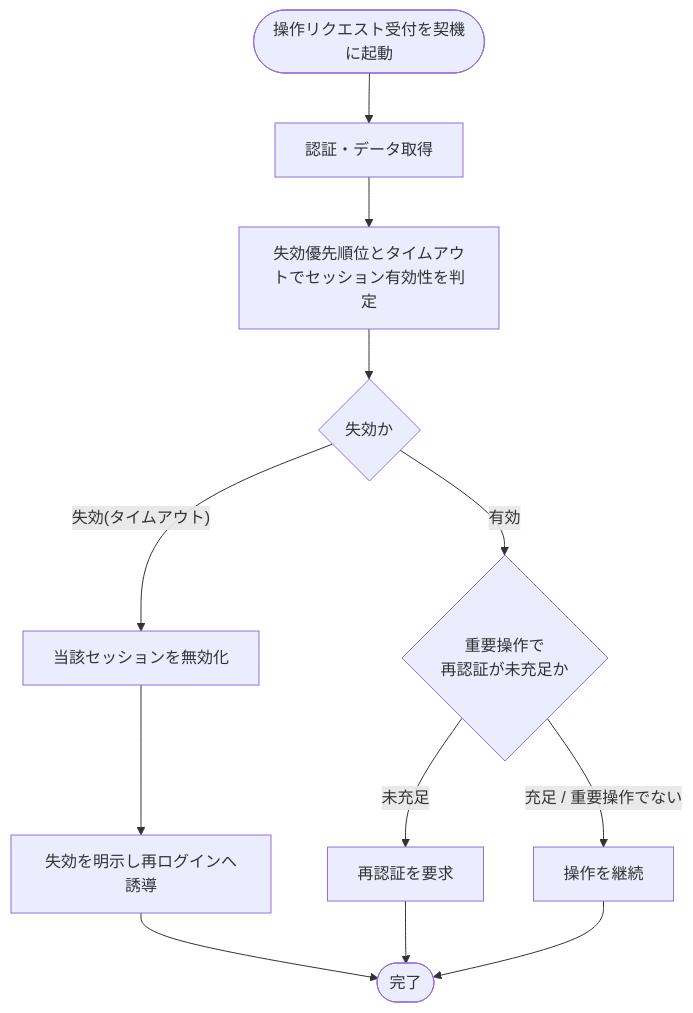
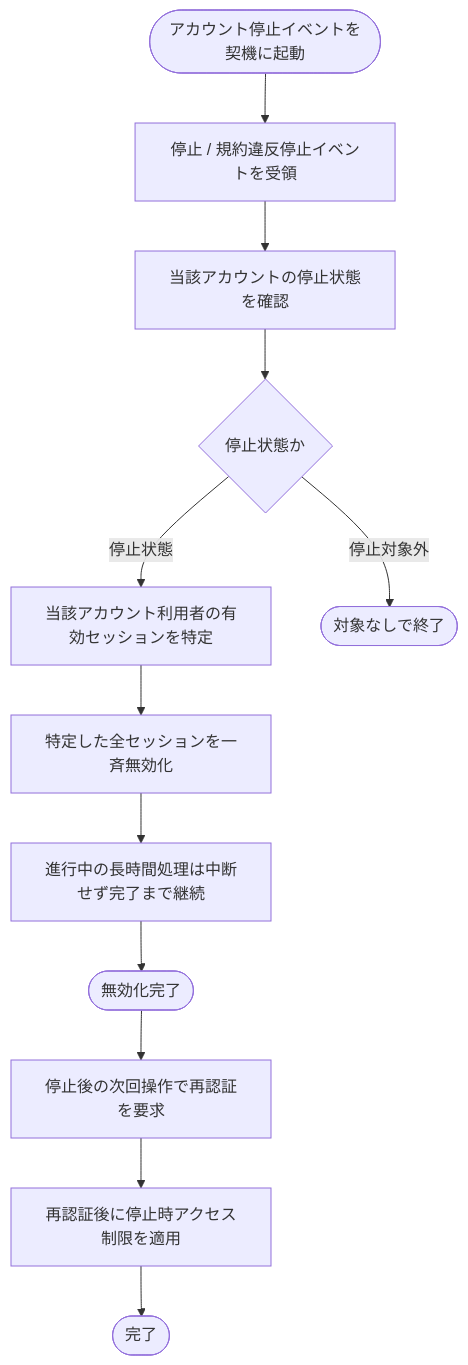
Before and after one commit to sikakou54/open-faq: the diagram in 02_basic_design/02_backend/01_system/SYS-030.md, drawn with Mermaid. The commit also changed other lines of this file and 395 other files, not shown here.

````diff
--- a/02_basic_design/02_backend/01_system/SYS-030.md
+++ b/02_basic_design/02_backend/01_system/SYS-030.md
@@ -26,14 +26,14 @@
 ```mermaid
 flowchart TB
-  S([操作リクエスト受付を契機に起動]) --> A[認証・データ取得]
-  A --> B[失効優先順位とタイムアウトでセッション有効性を判定]
-  B --> C{失効か}
-  C -- 失効(タイムアウト) --> D[当該セッションを無効化]
-  D --> E[失効を明示し再ログインへ誘導]
-  C -- 有効 --> F{重要操作で<br/>再認証が未充足か}
-  F -- 未充足 --> G[再認証を要求]
-  F -- 充足 / 重要操作でない --> H[操作を継続]
-  E --> I([完了])
-  G --> I
-  H --> I
+  S([アカウント停止イベントを契機に起動]) --> A[停止 / 規約違反停止イベントを受領]
+  A --> B[当該アカウントの停止状態を確認]
+  B --> C{停止状態か}
+  C -- 停止状態 --> D[当該アカウント利用者の有効セッションを特定]
+  D --> E[特定した全セッションを一斉無効化]
+  E --> F[進行中の長時間処理は中断せず完了まで継続]
+  F --> G([無効化完了])
+  C -- 停止対象外 --> H([対象なしで終了])
+  G --> I[停止後の次回操作で再認証を要求]
+  I --> J[再認証後に停止時アクセス制限を適用]
+  J --> K([完了])
 ```
````
